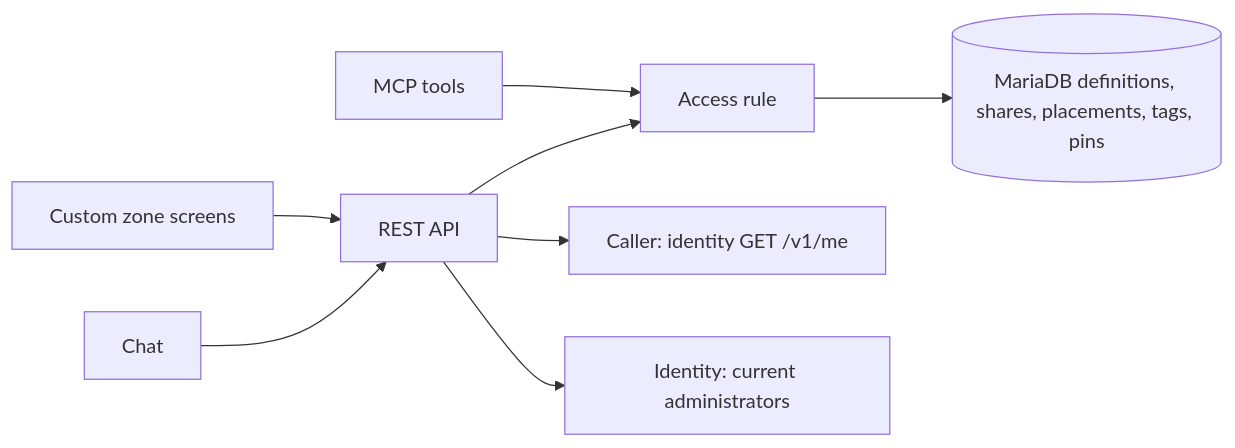
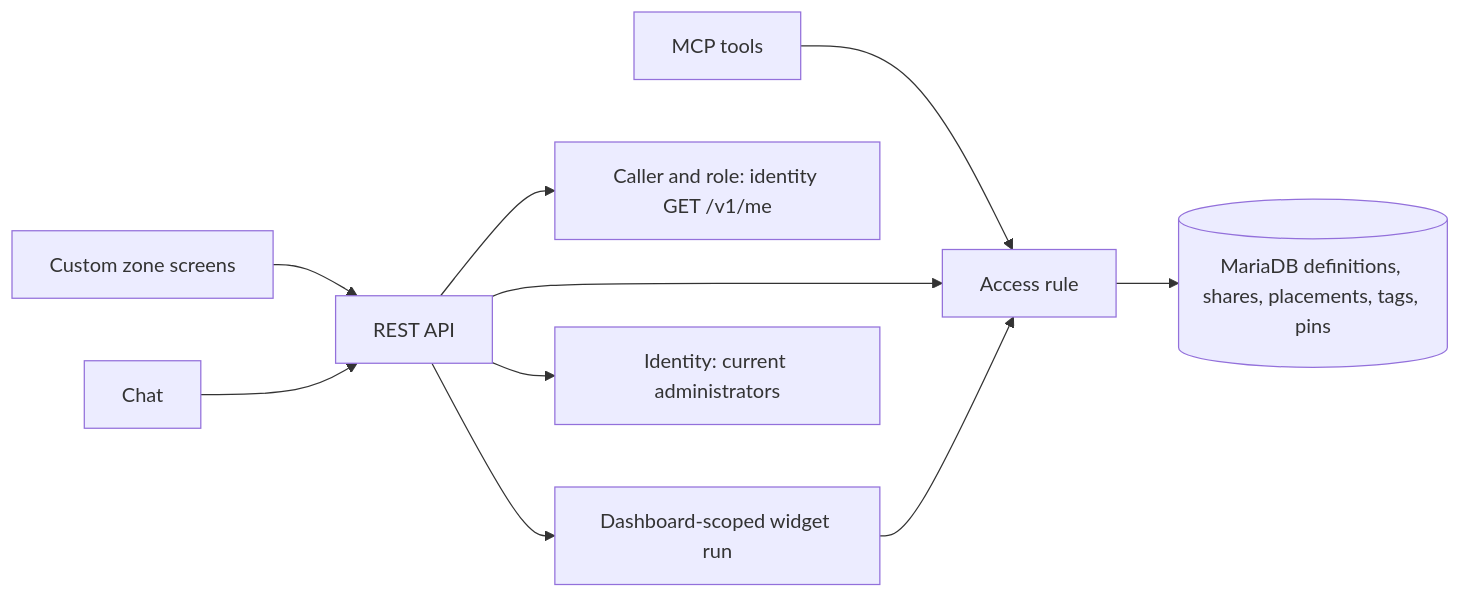
The first of 2 diagrams in docs/domain/insight-v3/specs/sharing/DESIGN.md (constructorfabric/insight), drawn with Mermaid before and after one commit. The commit also changed other lines of this file and 1 other file, not shown here.

First line of the commit message:
docs(v3): open dashboard viewing to every signed-in person

````diff
--- a/docs/domain/insight-v3/specs/sharing/DESIGN.md
+++ b/docs/domain/insight-v3/specs/sharing/DESIGN.md
@@ -84,10 +86,12 @@
 ```mermaid
 flowchart LR
     Portal[Custom zone screens] --> API[REST API]
     Chat[Chat] --> API
     MCP[MCP tools] --> Access
-    API --> Caller[Caller: identity GET /v1/me]
+    API --> Caller[Caller and role: identity GET /v1/me]
     API --> Access[Access rule]
+    API --> Render[Dashboard-scoped widget run]
+    Render --> Access
     Access --> Store[(MariaDB definitions, shares, placements, tags, pins)]
     API --> Admins[Identity: current administrators]
 ```
````
